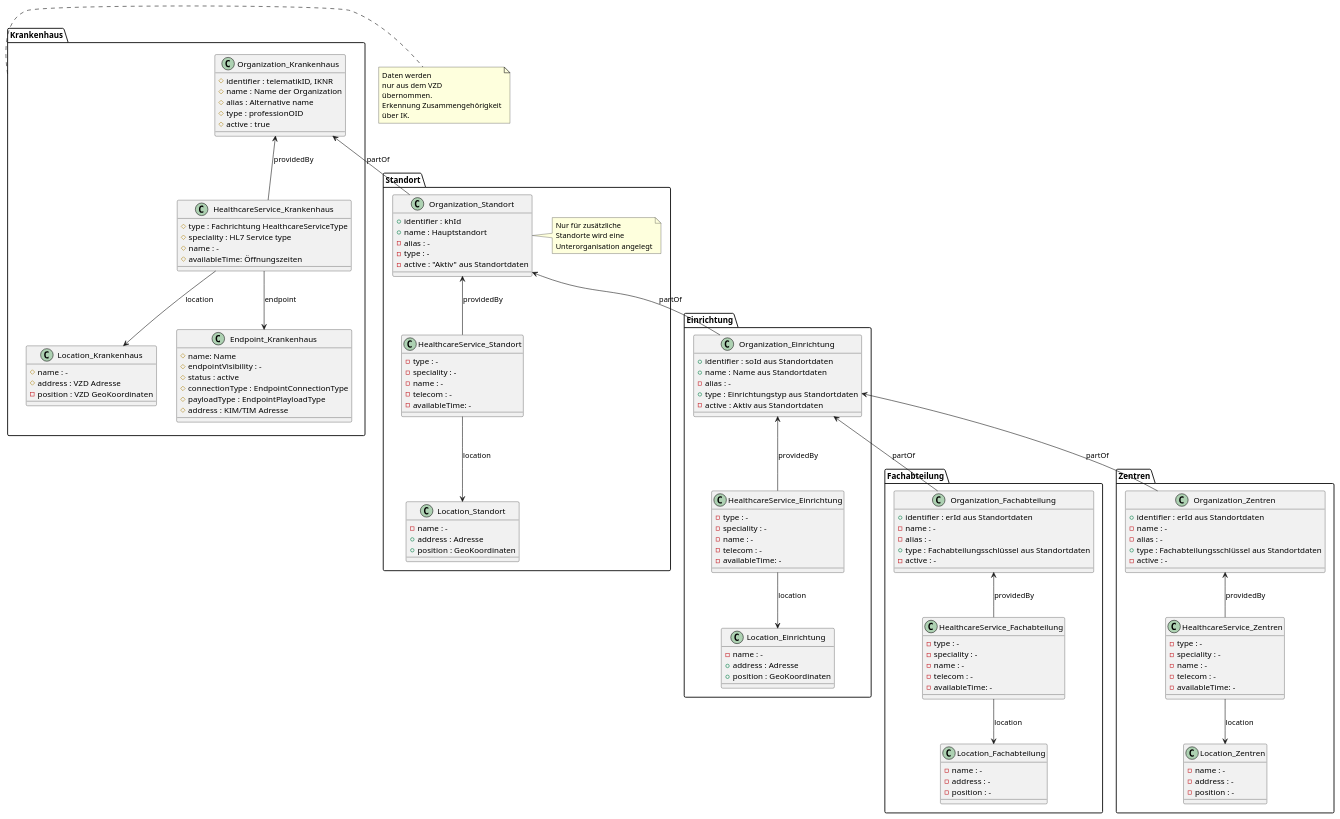
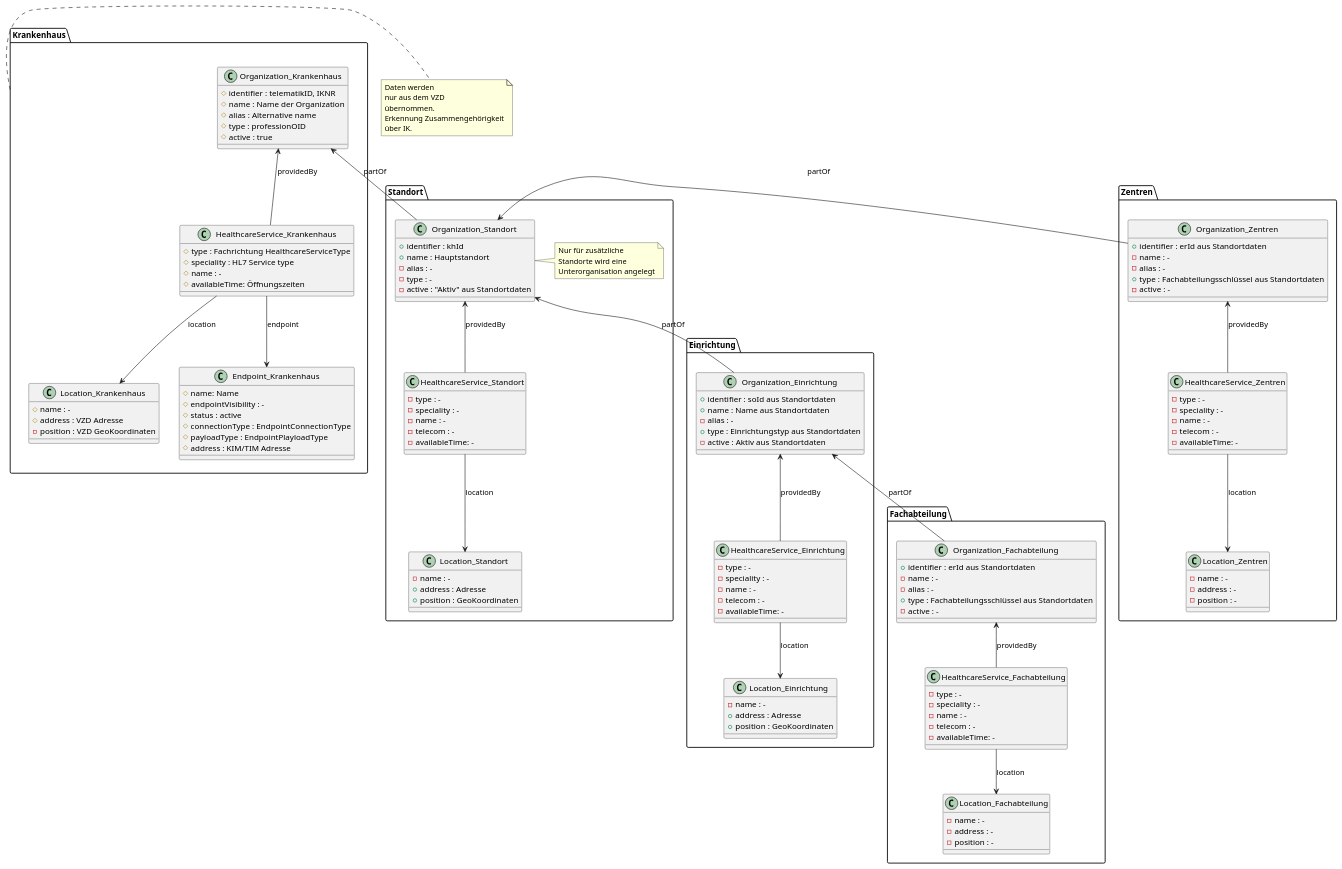
One commit to gematik/api-vzd changed the diagram in src/plantuml/OrgStruct/Standortverzeichnis.puml. Above: the diagram before and after it, drawn with PlantUML.

```diff
--- a/src/plantuml/OrgStruct/Standortverzeichnis.puml
+++ b/src/plantuml/OrgStruct/Standortverzeichnis.puml
@@ -1,197 +1,197 @@
 @startuml
 
 package "Krankenhaus" {
   
 class Organization_Krankenhaus {
 #identifier : telematikID, IKNR 
 #name : Name der Organization 
 #alias : Alternative name
 #type : professionOID
 #active : true
 }
 
 
 
 class HealthcareService_Krankenhaus {
 #type : Fachrichtung HealthcareServiceType
 #speciality : HL7 Service type
 #name : -
 #availableTime: Öffnungszeiten
 }
 
 Organization_Krankenhaus <-- HealthcareService_Krankenhaus : providedBy
 HealthcareService_Krankenhaus --> Location_Krankenhaus : location
 HealthcareService_Krankenhaus --> Endpoint_Krankenhaus : endpoint
 
 
 class Location_Krankenhaus {
 #name : -
 #address : VZD Adresse 
 -position : VZD GeoKoordinaten
 }
 
 
 class Endpoint_Krankenhaus {
 #name: Name
 #endpointVisibility : -
 #status : active
 #connectionType : EndpointConnectionType
 #payloadType : EndpointPlayloadType
 #address : KIM/TIM Adresse
 }
 
 }
 
 note right of Krankenhaus 
    Daten werden
    nur aus dem VZD
    übernommen.
    Erkennung Zusammengehörigkeit
    über IK.
 end note   
 
 package "Standort" {
 
 class Organization_Standort {
 +identifier : khId
 +name : Hauptstandort
 -alias : -
 -type : -
 -active : "Aktiv" aus Standortdaten
 }
 note right of Organization_Standort 
    Nur für zusätzliche
    Standorte wird eine
    Unterorganisation angelegt
 end note 
 
 Organization_Krankenhaus <-- Organization_Standort : "partOf"
 HealthcareService_Krankenhaus -[hidden]right-> Organization_Standort
 
 class HealthcareService_Standort {
 -type : -
 -speciality : -
 -name : -
 -telecom : -
 -availableTime: -
 }
 
 HealthcareService_Standort --> Location_Standort : location
 Organization_Standort <-- HealthcareService_Standort : providedBy
 
 
 
 class Location_Standort {
 -name : -
 +address : Adresse
 +position : GeoKoordinaten
 }
 
 }
 
 package "Einrichtung" {
 
 class Organization_Einrichtung {
 +identifier : soId aus Standortdaten
 +name : Name aus Standortdaten
 -alias : -
 +type : Einrichtungstyp aus Standortdaten
 -active : Aktiv aus Standortdaten
 }
 
 
 Organization_Standort <-- Organization_Einrichtung : "partOf"
 
 class HealthcareService_Einrichtung {
 -type : -
 -speciality : -
 -name : -
 -telecom : -
 -availableTime: -
 }
 
 HealthcareService_Einrichtung --> Location_Einrichtung : location
 Organization_Einrichtung <-- HealthcareService_Einrichtung : providedBy
 
 
 
 class Location_Einrichtung {
 -name : -
 +address : Adresse
 +position : GeoKoordinaten
 }
 
 }
 
 
 package "Fachabteilung" {
 
 
 class Organization_Fachabteilung {
 +identifier : erId aus Standortdaten
 -name : -
 -alias : -
 +type : Fachabteilungsschlüssel aus Standortdaten
 -active : -
 }
 
 
 Organization_Einrichtung <-- Organization_Fachabteilung : "partOf"
 
 class HealthcareService_Fachabteilung {
 -type : -
 -speciality : -
 -name : -
 -telecom : -
 -availableTime: -
 }
 
 HealthcareService_Fachabteilung --> Location_Fachabteilung : location
 Organization_Fachabteilung <-- HealthcareService_Fachabteilung : providedBy
 
 
 class Location_Fachabteilung {
 -name : -
 -address : -
 -position : -
 }
 
 }
 
 package "Zentren" {
 
 
 class Organization_Zentren {
 +identifier : erId aus Standortdaten
 -name : -
 -alias : -
 +type : Fachabteilungsschlüssel aus Standortdaten
 -active : -
 }
 
 
-Organization_Einrichtung <-- Organization_Zentren : "partOf"
+Organization_Standort <-right- Organization_Zentren : "partOf"
 
 class HealthcareService_Zentren {
 -type : -
 -speciality : -
 -name : -
 -telecom : -
 -availableTime: -
 }
 
 HealthcareService_Zentren --> Location_Zentren : location
 Organization_Zentren <-- HealthcareService_Zentren : providedBy
 
 
 class Location_Zentren {
 -name : -
 -address : -
 -position : -
 }
 
 }
 
 
 
 @enduml
```
